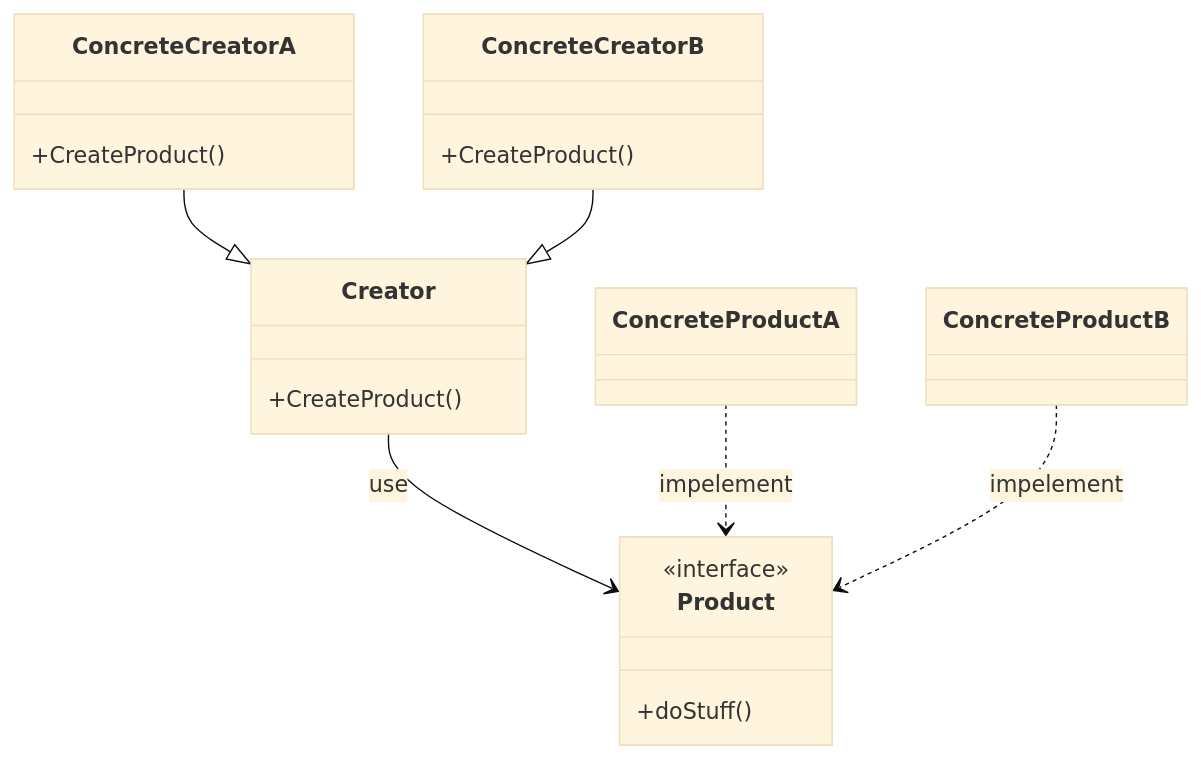
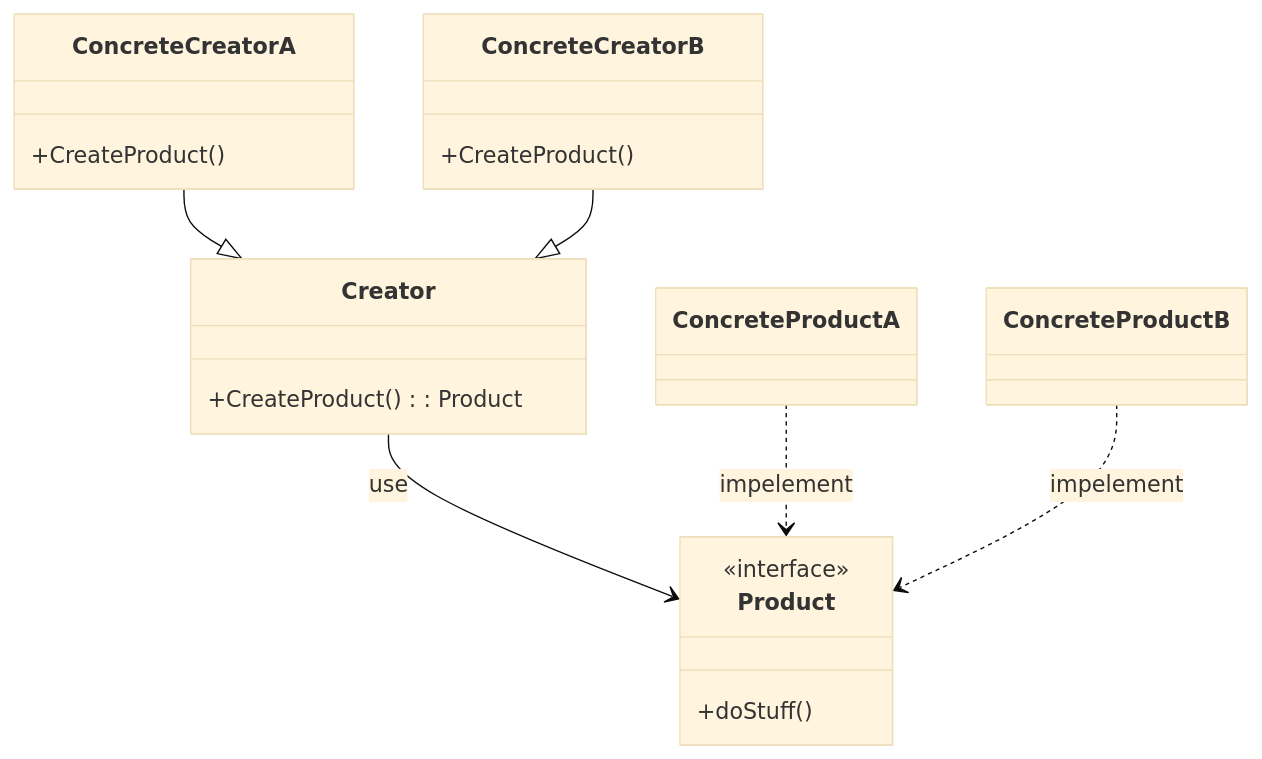
One commit to nahuelDev23/mermaid changed the diagram in readme.md. Above: the diagram before and after it, drawn with Mermaid (base theme).

````diff
--- a/readme.md
+++ b/readme.md
@@ -1,33 +1,33 @@
 ```mermaid
 classDiagram
  
  class Creator{
- +CreateProduct()
+ +CreateProduct() : Product
  }
  
   class Product{
   +doStuff()
  }
  <<interface>> Product
  
  Creator --> Product : use
  
  class ConcreteProductA 
  class ConcreteProductB 
  
  ConcreteProductA ..> Product : impelement
  ConcreteProductB ..> Product : impelement
  
  class ConcreteCreatorA{
  +CreateProduct()
  }
  
   class ConcreteCreatorB{
  +CreateProduct()
  }
  
  ConcreteCreatorA --|> Creator
  ConcreteCreatorB --|> Creator
 
  
 ```
````
